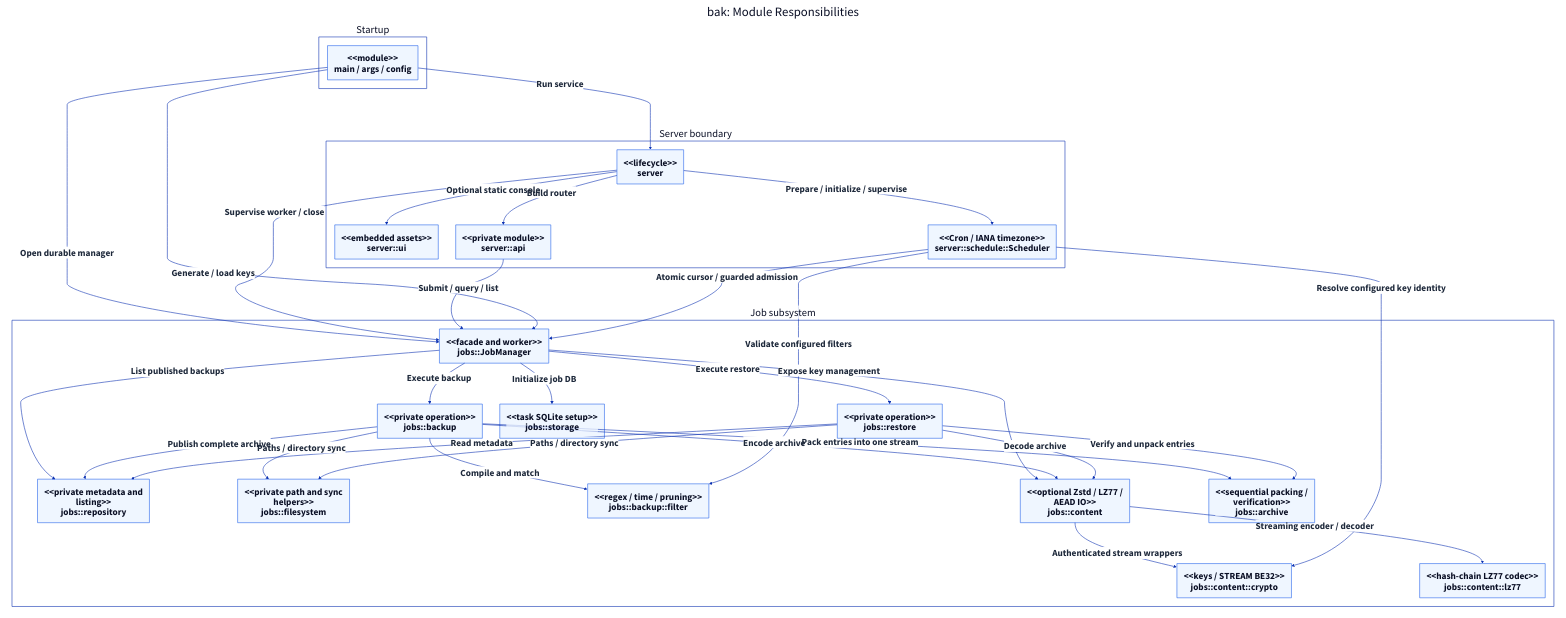
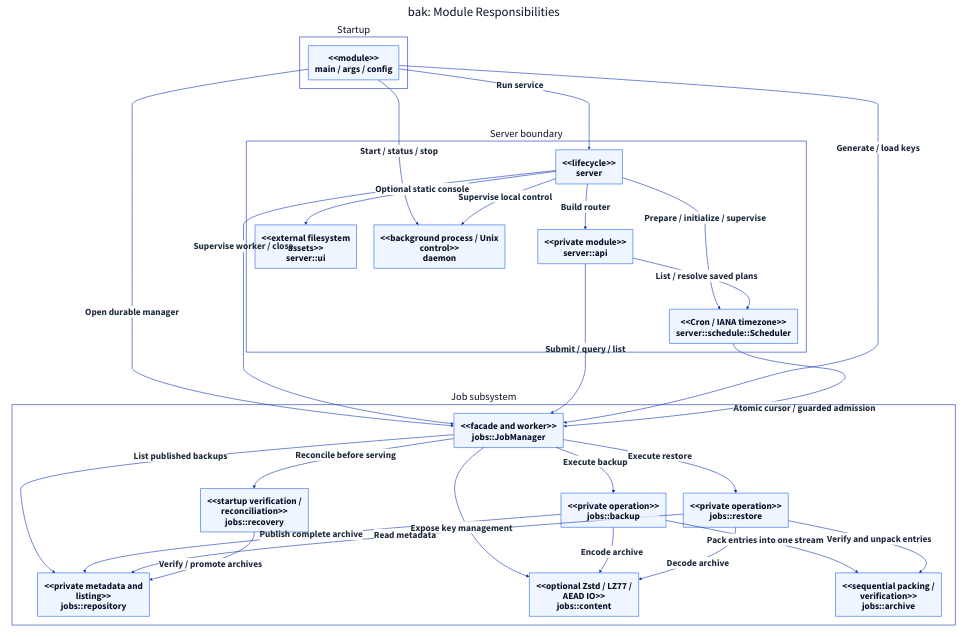
One commit to qi7876/software-development-exp changed the diagram in docs/report/generated/system-component-core.d2. Above: the diagram before and after it, drawn with D2. The commit also changed 18 other files, not shown here.

```diff
--- a/docs/report/generated/system-component-core.d2
+++ b/docs/report/generated/system-component-core.d2
@@ -1,130 +1,112 @@
 # Generated from docs/report/model.yaml; do not edit directly.
 direction: down
 **.style.font-size: 32
 (** -> **)[*].style: {font-size: 32; bold: true; italic: false; font-color: "#1E293B"}
 (** -- **)[*].style: {font-size: 32; bold: true; italic: false; font-color: "#1E293B"}
 (** <- **)[*].style: {font-size: 32; bold: true; italic: false; font-color: "#1E293B"}
 diagram: "bak: Module Responsibilities" {
   style.font-size: 44
   style.fill: white
   style.stroke: transparent
   package_0: "Startup" {
     style.font-size: 36
     style.fill: white
     Main: "<<module>>\nmain / args / config" {
       shape: rectangle
       style.stroke: "#2563EB"
       style.fill: "#EFF6FF"
     }
   }
   package_1: "Server boundary" {
     style.font-size: 36
     style.fill: white
     Server: "<<lifecycle>>\nserver" {
       shape: rectangle
       style.stroke: "#2563EB"
       style.fill: "#EFF6FF"
     }
     API: "<<private module>>\nserver::api" {
       shape: rectangle
       style.stroke: "#2563EB"
       style.fill: "#EFF6FF"
     }
-    UI: "<<embedded assets>>\nserver::ui" {
+    UI: "<<external filesystem\nassets>>\nserver::ui" {
       shape: rectangle
       style.stroke: "#2563EB"
       style.fill: "#EFF6FF"
     }
     Scheduler: "<<Cron / IANA timezone>>\nserver::schedule::Scheduler" {
+      shape: rectangle
+      style.stroke: "#2563EB"
+      style.fill: "#EFF6FF"
+    }
+    Daemon: "<<background process / Unix\ncontrol>>\ndaemon" {
       shape: rectangle
       style.stroke: "#2563EB"
       style.fill: "#EFF6FF"
     }
   }
   package_2: "Job subsystem" {
     style.font-size: 36
     style.fill: white
     Jobs: "<<facade and worker>>\njobs::JobManager" {
       shape: rectangle
       style.stroke: "#2563EB"
       style.fill: "#EFF6FF"
     }
     Backup: "<<private operation>>\njobs::backup" {
       shape: rectangle
       style.stroke: "#2563EB"
       style.fill: "#EFF6FF"
     }
     Restore: "<<private operation>>\njobs::restore" {
       shape: rectangle
       style.stroke: "#2563EB"
       style.fill: "#EFF6FF"
     }
     Repo: "<<private metadata and\nlisting>>\njobs::repository" {
       shape: rectangle
       style.stroke: "#2563EB"
       style.fill: "#EFF6FF"
     }
-    FS: "<<private path and sync\nhelpers>>\njobs::filesystem" {
-      shape: rectangle
-      style.stroke: "#2563EB"
-      style.fill: "#EFF6FF"
-    }
-    Storage: "<<task SQLite setup>>\njobs::storage" {
-      shape: rectangle
-      style.stroke: "#2563EB"
-      style.fill: "#EFF6FF"
-    }
-    Filter: "<<regex / time / pruning>>\njobs::backup::filter" {
-      shape: rectangle
-      style.stroke: "#2563EB"
-      style.fill: "#EFF6FF"
-    }
     Content: "<<optional Zstd / LZ77 /\nAEAD IO>>\njobs::content" {
       shape: rectangle
       style.stroke: "#2563EB"
       style.fill: "#EFF6FF"
     }
-    Crypto: "<<keys / STREAM BE32>>\njobs::content::crypto" {
+    Archive: "<<sequential packing /\nverification>>\njobs::archive" {
       shape: rectangle
       style.stroke: "#2563EB"
       style.fill: "#EFF6FF"
     }
-    Lz77: "<<hash-chain LZ77 codec>>\njobs::content::lz77" {
-      shape: rectangle
-      style.stroke: "#2563EB"
-      style.fill: "#EFF6FF"
-    }
-    Archive: "<<sequential packing /\nverification>>\njobs::archive" {
+    Recovery: "<<startup verification /\nreconciliation>>\njobs::recovery" {
       shape: rectangle
       style.stroke: "#2563EB"
       style.fill: "#EFF6FF"
     }
   }
   package_0.Main -> package_2.Jobs: "Open durable manager"
   package_0.Main -> package_1.Server: "Run service"
   package_1.Server -> package_1.API: "Build router"
   package_1.Server -> package_2.Jobs: "Supervise worker / close"
   package_1.API -> package_2.Jobs: "Submit / query / list"
   package_2.Jobs -> package_2.Backup: "Execute backup"
   package_2.Jobs -> package_2.Restore: "Execute restore"
   package_2.Jobs -> package_2.Repo: "List published backups"
   package_2.Backup -> package_2.Repo: "Publish complete archive"
   package_2.Restore -> package_2.Repo: "Read metadata"
-  package_2.Backup -> package_2.FS: "Paths / directory sync"
-  package_2.Restore -> package_2.FS: "Paths / directory sync"
-  package_2.Jobs -> package_2.Storage: "Initialize job DB"
   package_1.Server -> package_1.UI: "Optional static console"
   package_0.Main -> package_2.Jobs: "Generate / load keys"
   package_2.Jobs -> package_2.Content: "Expose key management"
-  package_2.Backup -> package_2.Filter: "Compile and match"
   package_2.Backup -> package_2.Content: "Encode archive"
   package_2.Restore -> package_2.Content: "Decode archive"
-  package_2.Content -> package_2.Crypto: "Authenticated stream wrappers"
-  package_2.Content -> package_2.Lz77: "Streaming encoder / decoder"
   package_1.Server -> package_1.Scheduler: "Prepare / initialize / supervise"
   package_1.Scheduler -> package_2.Jobs: "Atomic cursor / guarded admission"
-  package_1.Scheduler -> package_2.Filter: "Validate configured filters"
-  package_1.Scheduler -> package_2.Crypto: "Resolve configured key identity"
   package_2.Backup -> package_2.Archive: "Pack entries into one stream"
   package_2.Restore -> package_2.Archive: "Verify and unpack entries"
+  package_0.Main -> package_1.Daemon: "Start / status / stop"
+  package_1.Server -> package_1.Daemon: "Supervise local control"
+  package_2.Jobs -> package_2.Recovery: "Reconcile before serving"
+  package_2.Recovery -> package_2.Repo: "Verify / promote archives"
+  package_1.API -> package_1.Scheduler: "List / resolve saved plans"
 }
```
